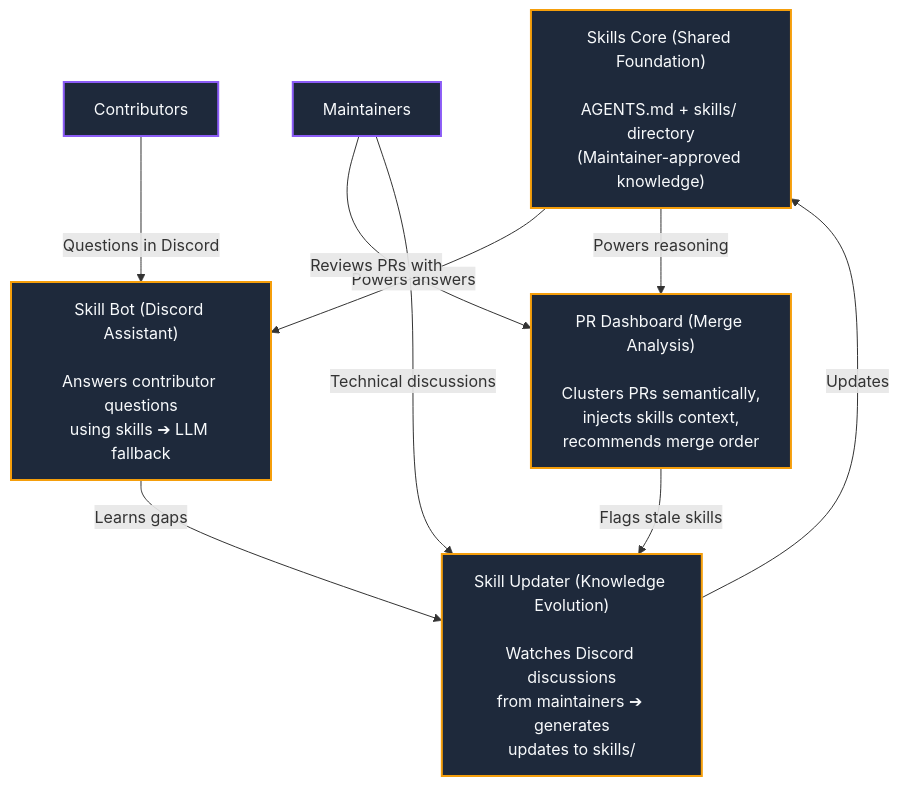
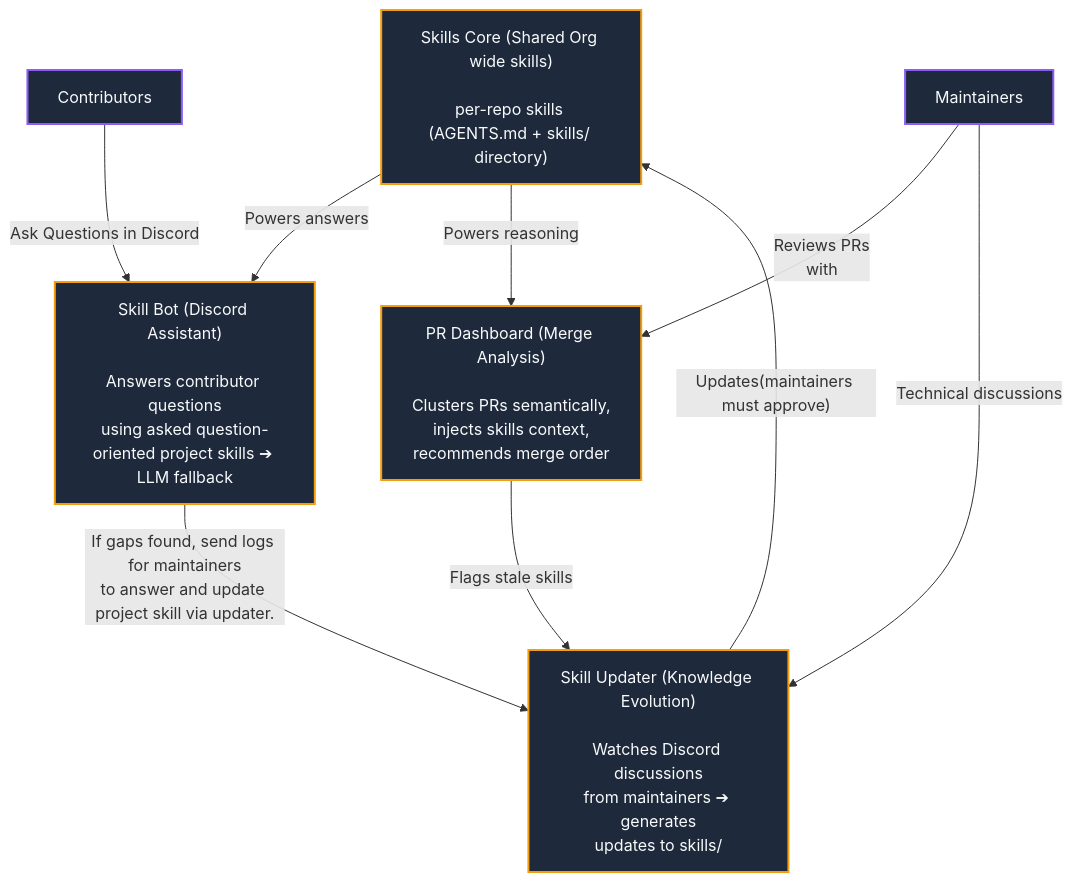
The first of 2 diagrams in README.md (kpj2006/Skills), drawn with Mermaid before and after one commit. The commit also changed other lines of this file, not shown here.

Commit message:
updated the architecture diagram

````diff
--- a/README.md
+++ b/README.md
@@ -95,28 +95,33 @@
 ```mermaid
-graph TD
+flowchart TD
     %% Nodes
-    SC["Skills Core (Shared Foundation)<br><br>AGENTS.md + skills/ directory<br>(Maintainer-approved knowledge)"]
+    SC["Skills Core (Shared Org wide skills)<br><br>per-repo skills (AGENTS.md + skills/ directory)<br>"]
     Contributors["Contributors"]
     Maintainers["Maintainers"]
     
-    SB["Skill Bot (Discord Assistant)<br><br>Answers contributor questions<br>using skills ➔ LLM fallback"]
+    SB["Skill Bot (Discord Assistant)<br><br>Answers contributor questions<br>using asked question-oriented project skills ➔ LLM fallback"]
     PD["PR Dashboard (Merge Analysis)<br><br>Clusters PRs semantically,<br>injects skills context,<br>recommends merge order"]
     SU["Skill Updater (Knowledge Evolution)<br><br>Watches Discord discussions<br>from maintainers ➔ generates<br>updates to skills/"]
 
     %% Edges
+    %% Contributor Flow
+    Contributors -- "Ask Questions in Discord" --> SB
     SC -- "Powers answers" --> SB
+    SB -- "If gaps found, send logs for maintainers<br>to answer and update project skill via updater." --> SU
+
+    %% Maintainer Flow
+    Maintainers -- "Reviews PRs<br>with" --> PD
     SC -- "Powers reasoning" --> PD
-    Contributors -- "Questions in Discord" --> SB
-    Maintainers -- "Reviews PRs with" --> PD
+    PD -- "Flags stale skills" --> SU
+
+    %% Feedback Loop & Sync
     Maintainers -- "Technical discussions" --> SU
-    SB -- "Learns gaps" --> SU
-    PD -- "Flags stale skills" --> SU
-    SU -- "Updates" --> SC
+    SU -- "Updates(maintainers must approve)" --> SC
 
     %% Style Classes
     classDef yellowBox fill:#1E293B,stroke:#F59E0B,stroke-width:2px,color:#F8FAFC;
     classDef purpleBox fill:#1E293B,stroke:#8B5CF6,stroke-width:2px,color:#F8FAFC;
     
     class SC,SB,PD,SU yellowBox;
     class Contributors,Maintainers purpleBox;
 ```
````
